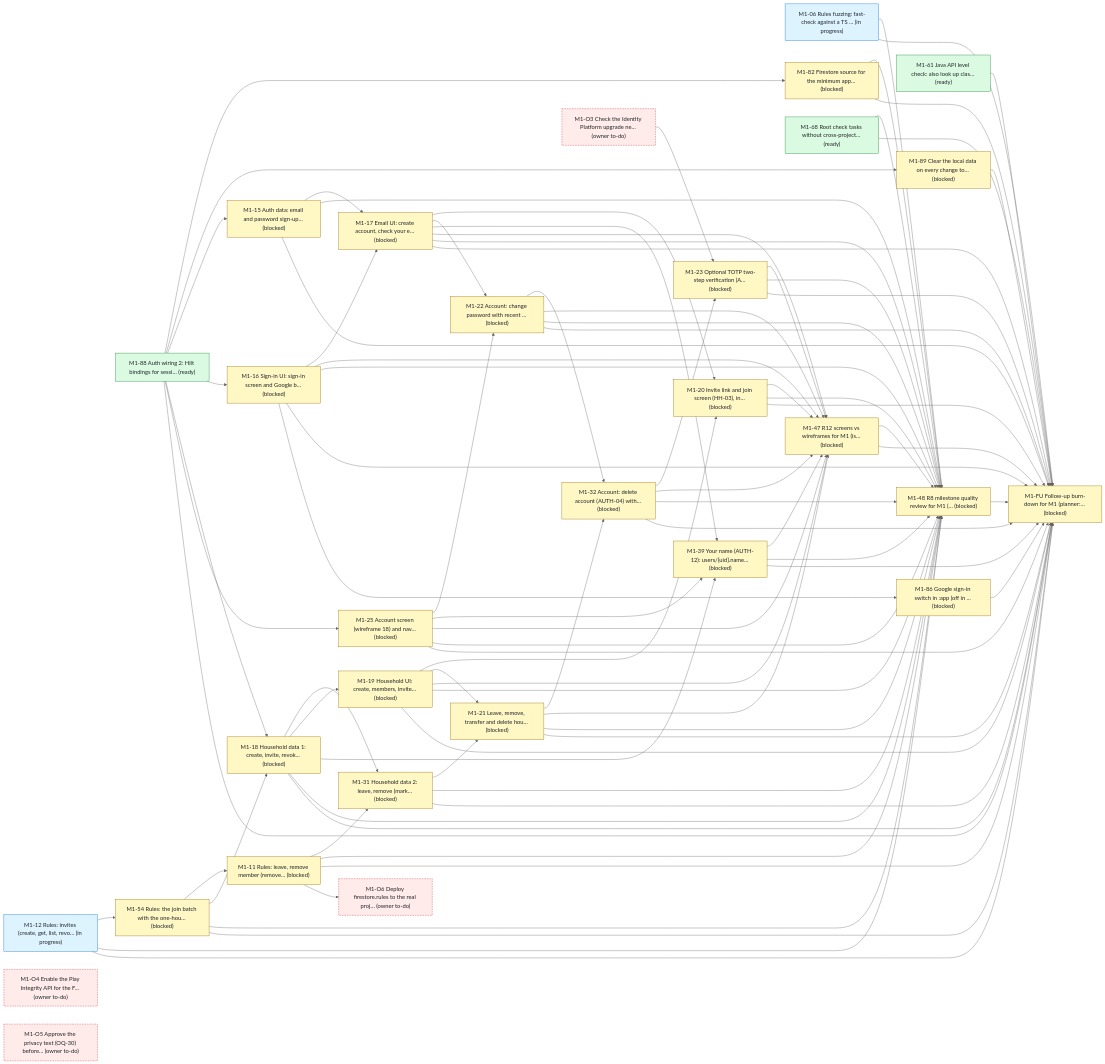
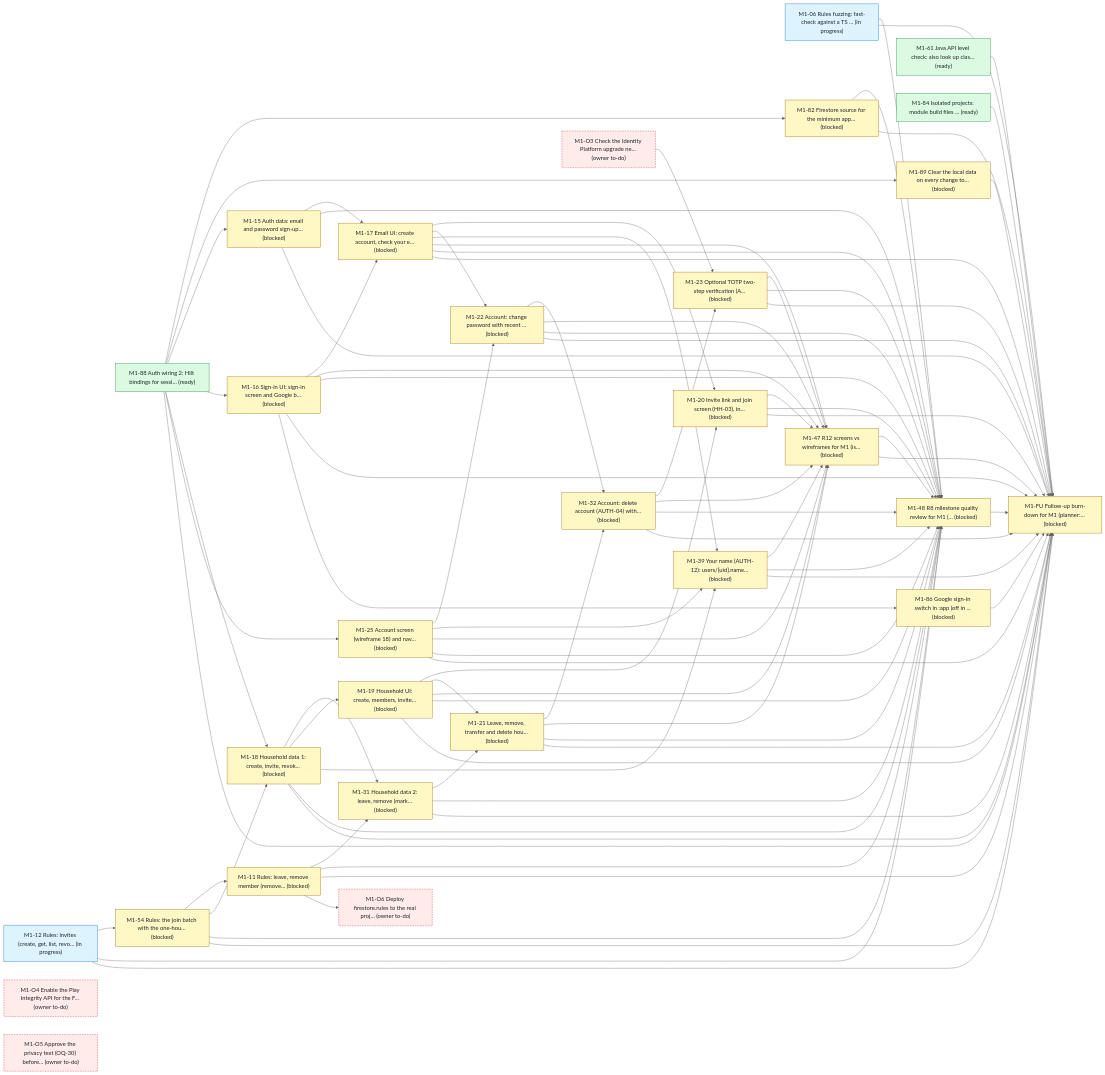
One commit to bondo/listicles2 changed the first of 4 diagrams in status.md. Above: the diagram before and after it, drawn with Mermaid (neutral theme). The commit also changed other lines of this file and 3 other files, not shown here.

```diff
--- a/status.md
+++ b/status.md
@@ -250,7 +251,7 @@
     n18["M1-54 Rules: the join batch with the one-hou… (blocked)"]:::blocked
     n19["M1-61 Java API level check: also look up clas… (ready)"]:::ready
     n20["M1-39 Your name (AUTH-12): users/{uid}.name… (blocked)"]:::blocked
-    n21["M1-68 Root check tasks without cross-project… (ready)"]:::ready
+    n21["M1-84 Isolated projects: module build files … (ready)"]:::ready
     n22["M1-47 R12 screens vs wireframes for M1 (is… (blocked)"]:::blocked
     n23["M1-48 R8 milestone quality review for M1 (… (blocked)"]:::blocked
     n24["M1-FU Follow-up burn-down for M1 (planner:… (blocked)"]:::blocked
@@ -314,7 +315,6 @@
     n20 --> n23
     n22 --> n23
     n18 --> n23
-    n21 --> n23
     n3 --> n23
     n4 --> n24
     n5 --> n24
@@ -338,8 +338,8 @@
     n23 --> n24
     n18 --> n24
     n19 --> n24
+    n3 --> n24
     n21 --> n24
-    n3 --> n24
     n29 --> n24
     n1 --> n28
     n7 --> n29
```
